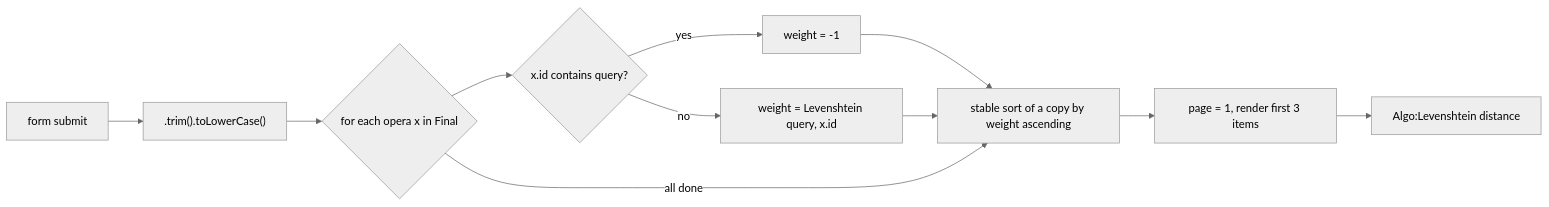
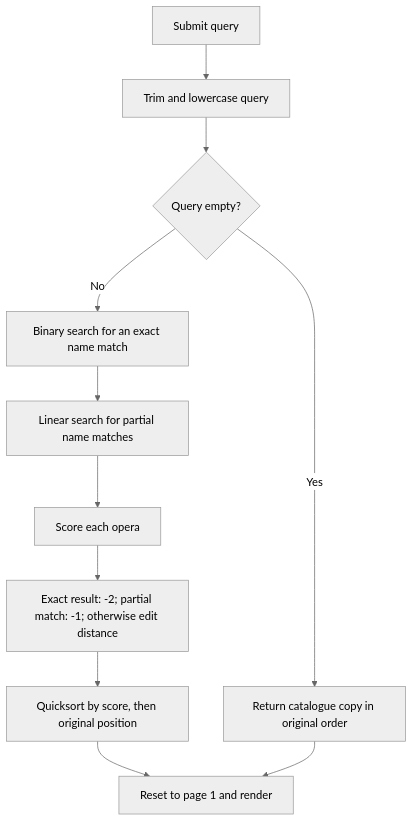
The eighth of 21 diagrams in descriptions/a.md (Azusalina/sba-proj), drawn with Mermaid (neutral theme) before and after one commit. The commit also changed other lines of this file and 1 other file, not shown here.

````diff
--- a/descriptions/a.md
+++ b/descriptions/a.md
@@ -258,13 +270,13 @@
 ```mermaid
-flowchart LR
-    A[form submit] --> B[".trim().toLowerCase()"]
-    B --> C{for each opera x in Final}
-    C --> D{x.id contains query?}
-    D -- yes --> E["weight = -1"]
-    D -- no --> F["weight = Levenshtein query, x.id"]
-    E --> G
-    F --> G[stable sort of a copy by weight ascending]
-    C -- all done --> G
-    G --> H[page = 1, render first 3 items]
-    H --> I["Algo:Levenshtein distance"]
+flowchart TD
+    A[Submit query] --> B[Trim and lowercase query]
+    B --> C{Query empty?}
+    C -- Yes --> D[Return catalogue copy in original order]
+    C -- No --> E[Binary search for an exact name match]
+    E --> F[Linear search for partial name matches]
+    F --> G[Score each opera]
+    G --> H[Exact result: -2; partial match: -1; otherwise edit distance]
+    H --> I[Quicksort by score, then original position]
+    I --> J[Reset to page 1 and render]
+    D --> J
 ```
````
